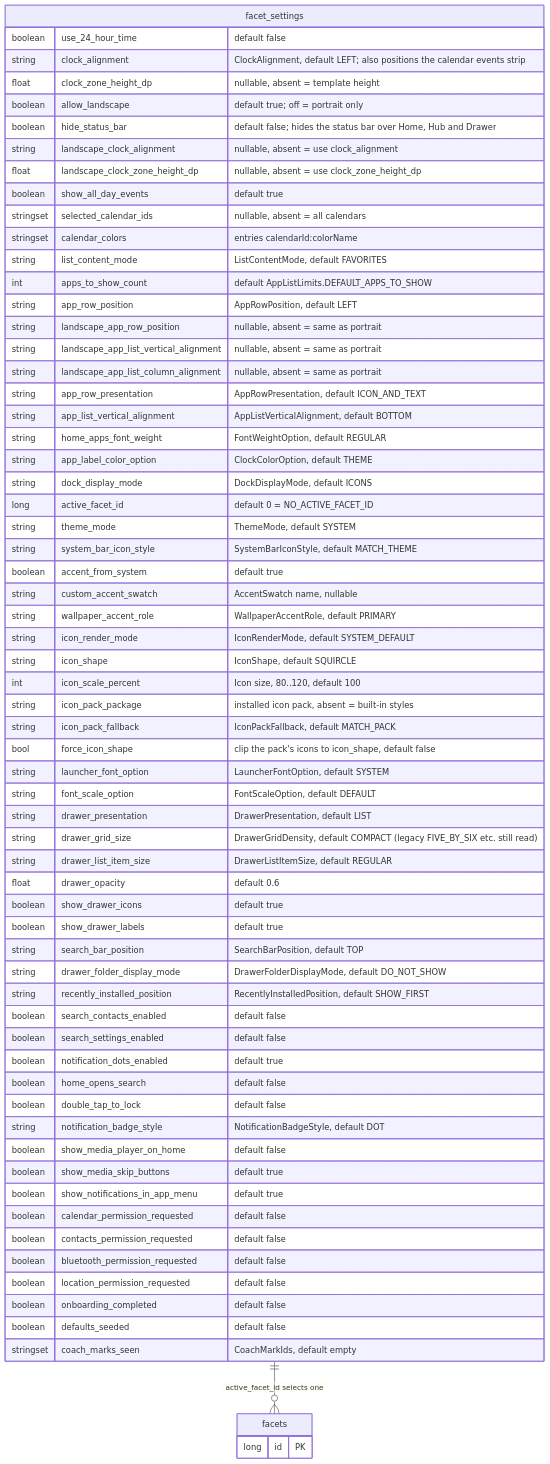
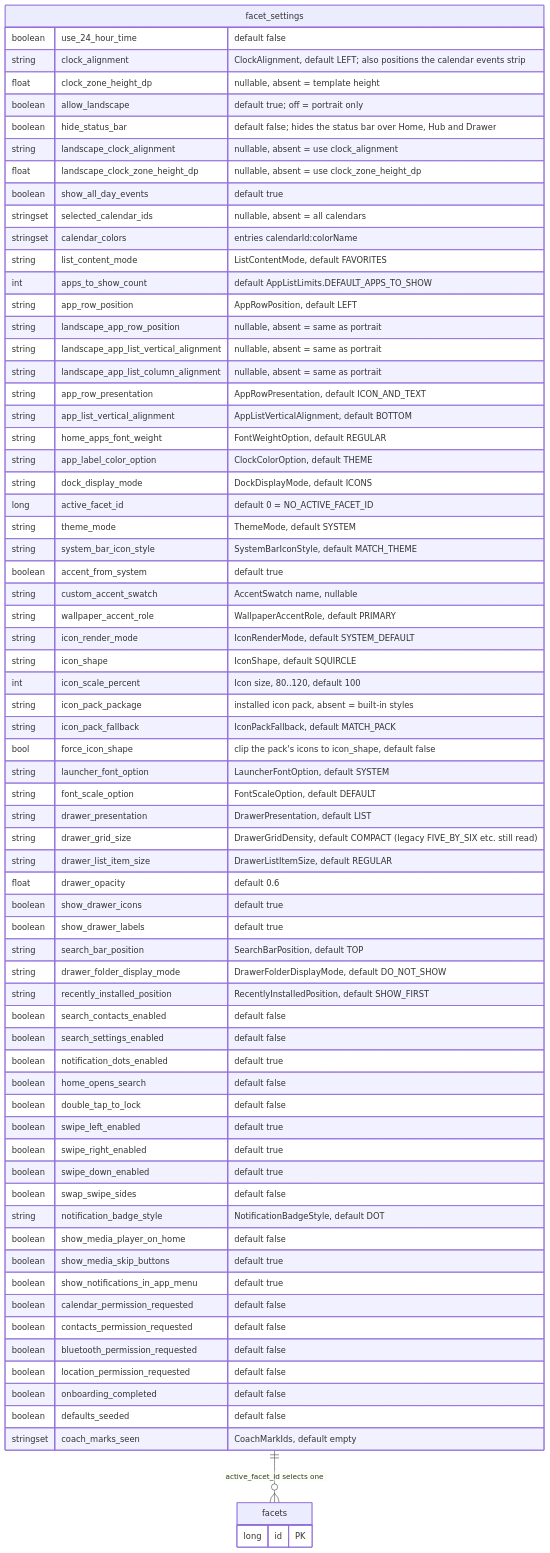
The third of 3 diagrams in docs/architecture/02-persistence-room.md (rohitganjam/facet-launcher), drawn with Mermaid before and after one commit. The commit also changed other lines of this file and 73 other files, not shown here.

````diff
--- a/docs/architecture/02-persistence-room.md
+++ b/docs/architecture/02-persistence-room.md
@@ -373,71 +373,75 @@
 ```mermaid
 erDiagram
     facet_settings {
         boolean use_24_hour_time "default false"
         string clock_alignment "ClockAlignment, default LEFT; also positions the calendar events strip"
         float clock_zone_height_dp "nullable, absent = template height"
         boolean allow_landscape "default true; off = portrait only"
         boolean hide_status_bar "default false; hides the status bar over Home, Hub and Drawer"
         string landscape_clock_alignment "nullable, absent = use clock_alignment"
         float landscape_clock_zone_height_dp "nullable, absent = use clock_zone_height_dp"
         boolean show_all_day_events "default true"
         stringset selected_calendar_ids "nullable, absent = all calendars"
         stringset calendar_colors "entries calendarId:colorName"
         string list_content_mode "ListContentMode, default FAVORITES"
         int apps_to_show_count "default AppListLimits.DEFAULT_APPS_TO_SHOW"
         string app_row_position "AppRowPosition, default LEFT"
         string landscape_app_row_position "nullable, absent = same as portrait"
         string landscape_app_list_vertical_alignment "nullable, absent = same as portrait"
         string landscape_app_list_column_alignment "nullable, absent = same as portrait"
         string app_row_presentation "AppRowPresentation, default ICON_AND_TEXT"
         string app_list_vertical_alignment "AppListVerticalAlignment, default BOTTOM"
         string home_apps_font_weight "FontWeightOption, default REGULAR"
         string app_label_color_option "ClockColorOption, default THEME"
         string dock_display_mode "DockDisplayMode, default ICONS"
         long active_facet_id "default 0 = NO_ACTIVE_FACET_ID"
         string theme_mode "ThemeMode, default SYSTEM"
         string system_bar_icon_style "SystemBarIconStyle, default MATCH_THEME"
         boolean accent_from_system "default true"
         string custom_accent_swatch "AccentSwatch name, nullable"
         string wallpaper_accent_role "WallpaperAccentRole, default PRIMARY"
         string icon_render_mode "IconRenderMode, default SYSTEM_DEFAULT"
         string icon_shape "IconShape, default SQUIRCLE"
         int icon_scale_percent "Icon size, 80..120, default 100"
         string icon_pack_package "installed icon pack, absent = built-in styles"
         string icon_pack_fallback "IconPackFallback, default MATCH_PACK"
         bool force_icon_shape "clip the pack's icons to icon_shape, default false"
         string launcher_font_option "LauncherFontOption, default SYSTEM"
         string font_scale_option "FontScaleOption, default DEFAULT"
         string drawer_presentation "DrawerPresentation, default LIST"
         string drawer_grid_size "DrawerGridDensity, default COMPACT (legacy FIVE_BY_SIX etc. still read)"
         string drawer_list_item_size "DrawerListItemSize, default REGULAR"
         float drawer_opacity "default 0.6"
         boolean show_drawer_icons "default true"
         boolean show_drawer_labels "default true"
         string search_bar_position "SearchBarPosition, default TOP"
         string drawer_folder_display_mode "DrawerFolderDisplayMode, default DO_NOT_SHOW"
         string recently_installed_position "RecentlyInstalledPosition, default SHOW_FIRST"
         boolean search_contacts_enabled "default false"
         boolean search_settings_enabled "default false"
         boolean notification_dots_enabled "default true"
         boolean home_opens_search "default false"
         boolean double_tap_to_lock "default false"
+        boolean swipe_left_enabled "default true"
+        boolean swipe_right_enabled "default true"
+        boolean swipe_down_enabled "default true"
+        boolean swap_swipe_sides "default false"
         string notification_badge_style "NotificationBadgeStyle, default DOT"
         boolean show_media_player_on_home "default false"
         boolean show_media_skip_buttons "default true"
         boolean show_notifications_in_app_menu "default true"
         boolean calendar_permission_requested "default false"
         boolean contacts_permission_requested "default false"
         boolean bluetooth_permission_requested "default false"
         boolean location_permission_requested "default false"
         boolean onboarding_completed "default false"
         boolean defaults_seeded "default false"
         stringset coach_marks_seen "CoachMarkIds, default empty"
     }
 
     facets {
         long id PK
     }
 
     facet_settings ||--o{ facets : "active_facet_id selects one"
 ```
````
